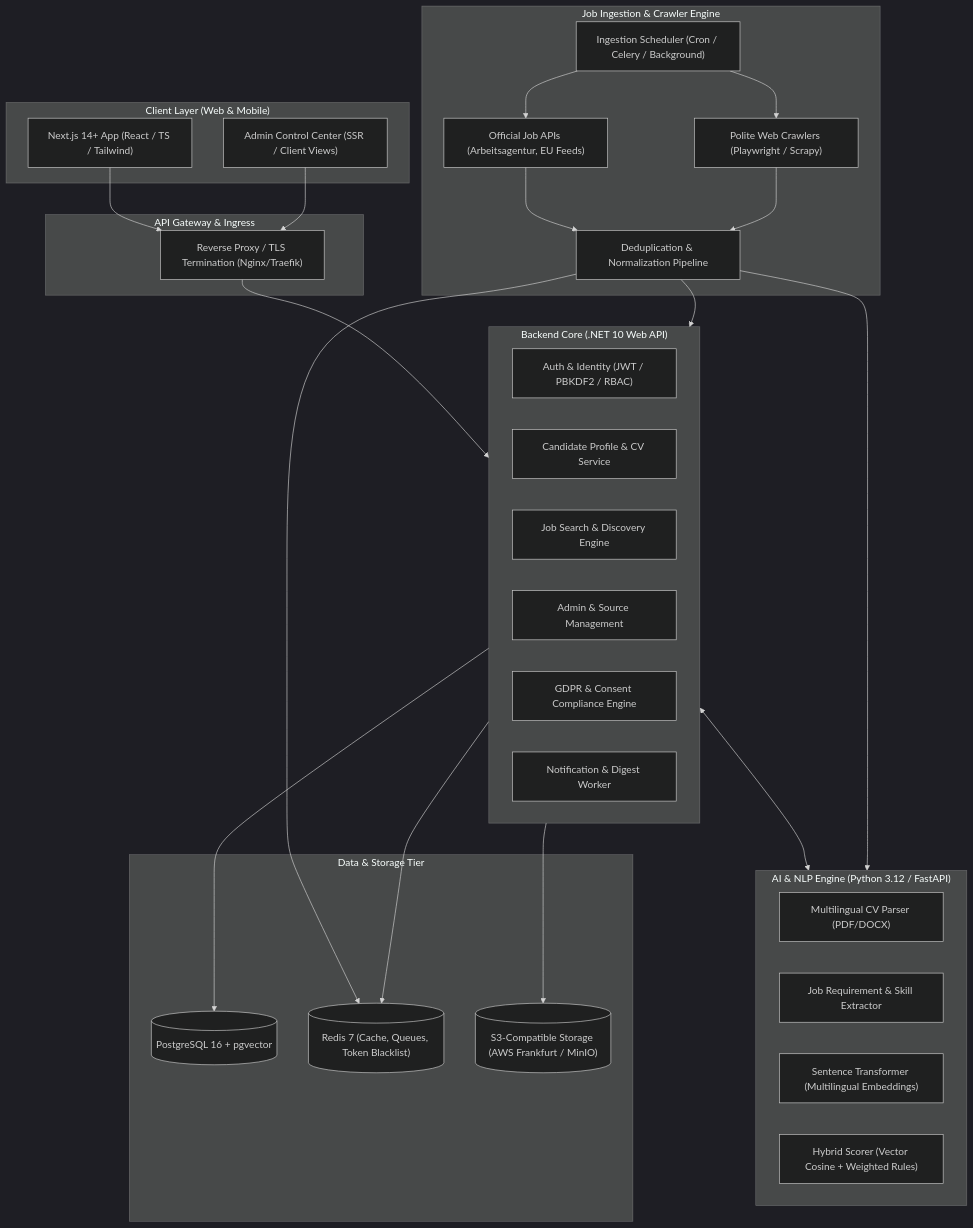
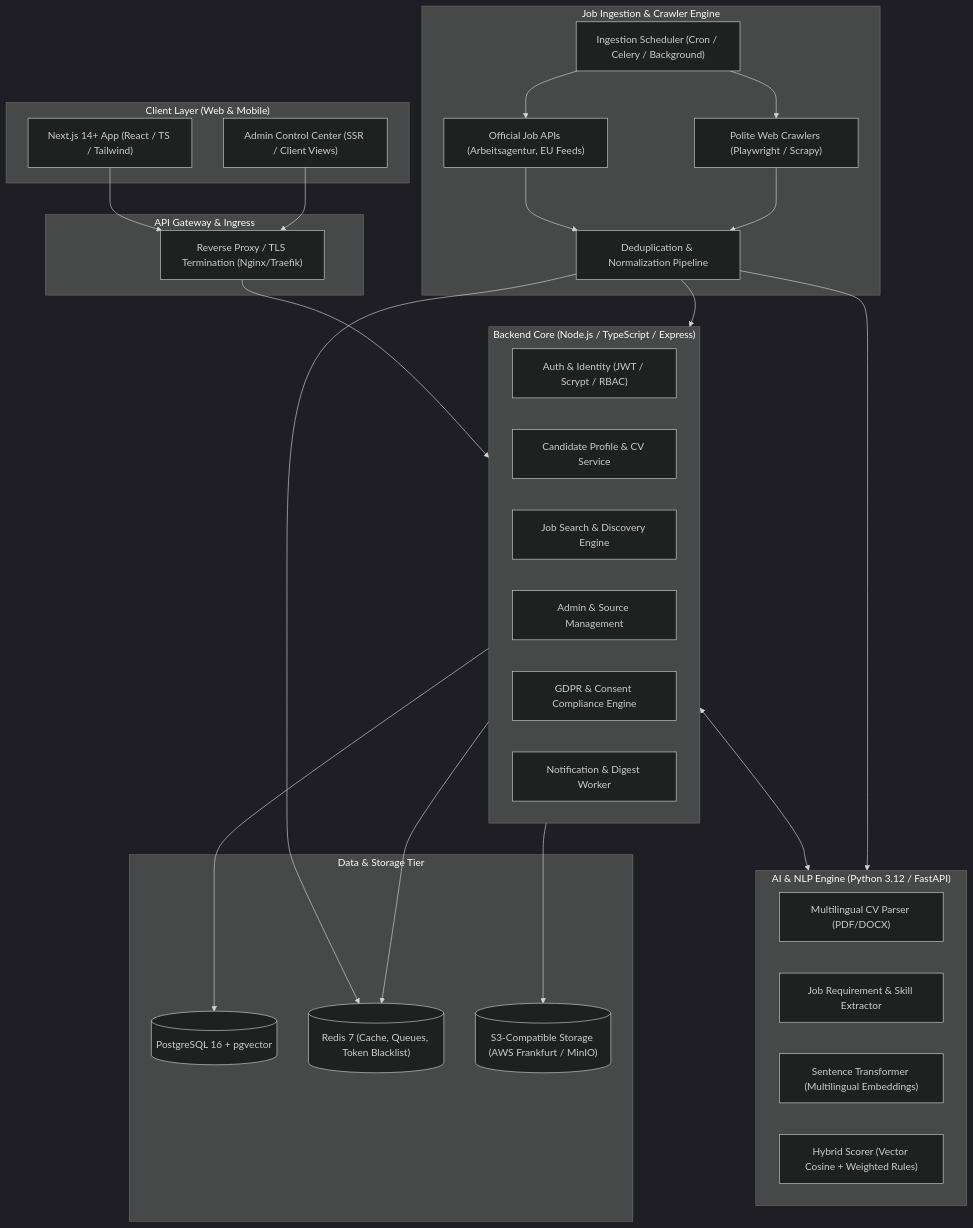
Before and after one commit to Mahendrakumar19/luxmaan: the diagram in docs/ARCHITECTURE.md, drawn with Mermaid (dark theme). The commit also changed other lines of this file and 88 other files, not shown here.

Commit message:
refactor: convert backend from .NET to Node.js TypeScript Express API

````diff
--- a/docs/ARCHITECTURE.md
+++ b/docs/ARCHITECTURE.md
@@ -18,57 +18,57 @@
 ```mermaid
 flowchart TD
     subgraph ClientLayer["Client Layer (Web & Mobile)"]
         Browser["Next.js 14+ App (React / TS / Tailwind)"]
         AdminUI["Admin Control Center (SSR / Client Views)"]
     end
 
     subgraph GatewayLayer["API Gateway & Ingress"]
         Nginx["Reverse Proxy / TLS Termination (Nginx/Traefik)"]
     end
 
-    subgraph CoreServices["Backend Core (.NET 10 Web API)"]
-        AuthModule["Auth & Identity (JWT / PBKDF2 / RBAC)"]
+    subgraph CoreServices["Backend Core (Node.js / TypeScript / Express)"]
+        AuthModule["Auth & Identity (JWT / Scrypt / RBAC)"]
         CandidateModule["Candidate Profile & CV Service"]
         JobDiscoveryModule["Job Search & Discovery Engine"]
         AdminModule["Admin & Source Management"]
         GDPRModule["GDPR & Consent Compliance Engine"]
         NotificationModule["Notification & Digest Worker"]
     end
 
     subgraph AIService["AI & NLP Engine (Python 3.12 / FastAPI)"]
         ResumeParser["Multilingual CV Parser (PDF/DOCX)"]
         JDParser["Job Requirement & Skill Extractor"]
         Embedder["Sentence Transformer (Multilingual Embeddings)"]
         Matcher["Hybrid Scorer (Vector Cosine + Weighted Rules)"]
     end
 
     subgraph IngestionEngine["Job Ingestion & Crawler Engine"]
         Scheduler["Ingestion Scheduler (Cron / Celery / Background)"]
         ConnectorAPIs["Official Job APIs (Arbeitsagentur, EU Feeds)"]
         ConnectorScrapers["Polite Web Crawlers (Playwright / Scrapy)"]
         Deduplicator["Deduplication & Normalization Pipeline"]
     end
 
     subgraph DataPersistence["Data & Storage Tier"]
         Postgres[("PostgreSQL 16 + pgvector")]
         RedisCache[("Redis 7 (Cache, Queues, Token Blacklist)")]
         DocStore[("S3-Compatible Storage (AWS Frankfurt / MinIO)")]
     end
 
     Browser --> Nginx
     AdminUI --> Nginx
     Nginx --> CoreServices
 
     CoreServices --> Postgres
     CoreServices --> RedisCache
     CoreServices --> DocStore
     CoreServices <--> AIService
 
     Scheduler --> ConnectorAPIs
     Scheduler --> ConnectorScrapers
     ConnectorAPIs --> Deduplicator
     ConnectorScrapers --> Deduplicator
     Deduplicator --> RedisCache
     Deduplicator --> CoreServices
     Deduplicator --> AIService
 ```
````
